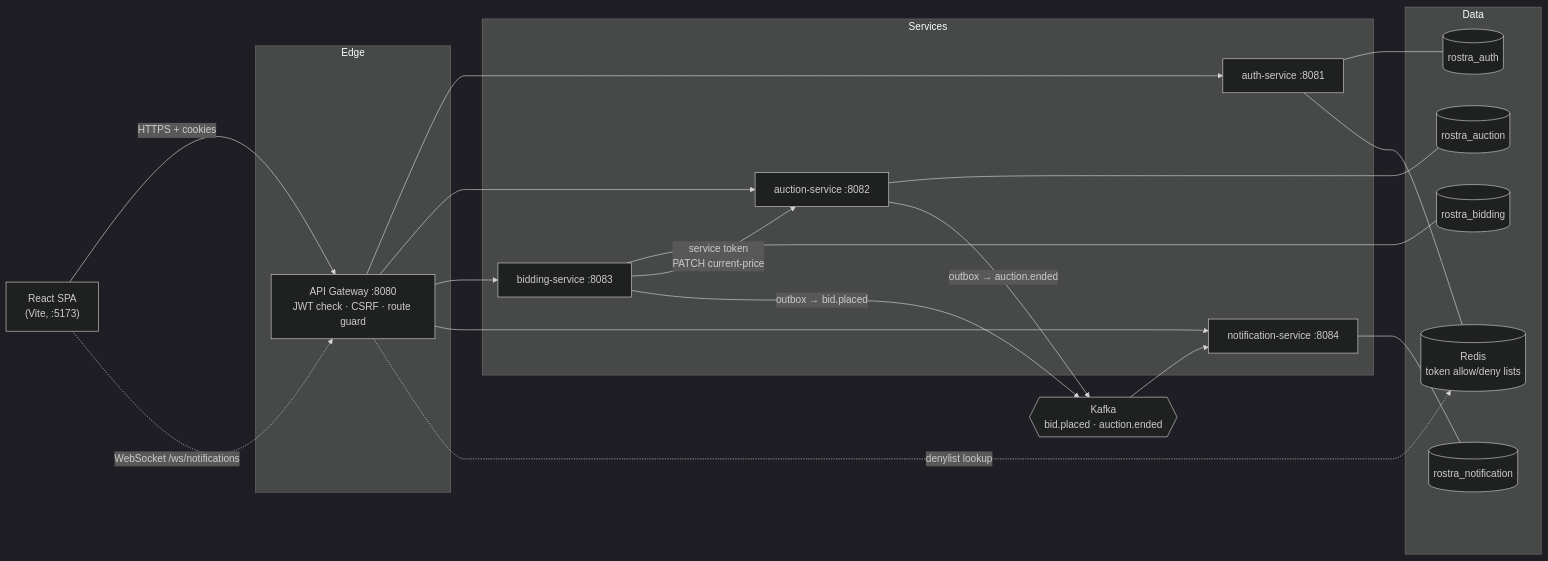
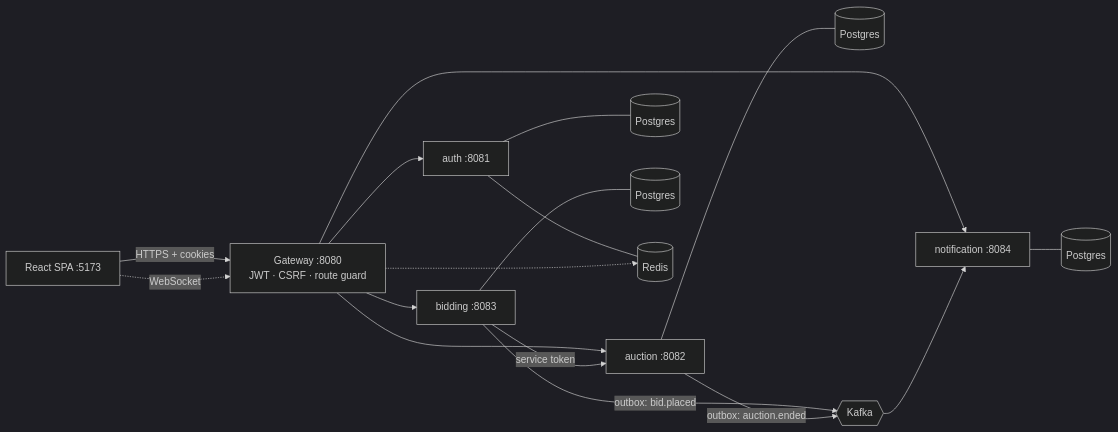
One commit to nethunirajapakse/rostra changed the diagram in README.md. Above: the diagram before and after it, drawn with Mermaid (dark theme). The commit also changed other lines of this file, not shown here.

````diff
--- a/README.md
+++ b/README.md
@@ -17,45 +11,23 @@
 ```mermaid
 flowchart LR
-    Browser["React SPA<br/>(Vite, :5173)"]
+    Browser["React SPA :5173"] -- "HTTPS + cookies" --> GW
+    Browser -. "WebSocket" .-> GW
 
-    subgraph Edge
-        GW["API Gateway :8080<br/>JWT check · CSRF · route guard"]
-    end
+    GW["Gateway :8080<br/>JWT · CSRF · route guard"]
+    GW --> AUTH["auth :8081"]
+    GW --> AUC["auction :8082"]
+    GW --> BID["bidding :8083"]
+    GW --> NOT["notification :8084"]
 
-    subgraph Services
-        AUTH["auth-service :8081"]
-        AUC["auction-service :8082"]
-        BID["bidding-service :8083"]
-        NOT["notification-service :8084"]
-    end
+    AUTH --- DB1[("Postgres")]
+    AUC --- DB2[("Postgres")]
+    BID --- DB3[("Postgres")]
+    NOT --- DB4[("Postgres")]
+    AUTH --- R[("Redis")]
+    GW -.-> R
 
-    subgraph Data
-        PGA[("rostra_auth")]
-        PGU[("rostra_auction")]
-        PGB[("rostra_bidding")]
-        PGN[("rostra_notification")]
-        REDIS[("Redis<br/>token allow/deny lists")]
-    end
-
-    KAFKA{{"Kafka<br/>bid.placed · auction.ended"}}
-
-    Browser -- "HTTPS + cookies" --> GW
-    Browser -. "WebSocket /ws/notifications" .-> GW
-
-    GW --> AUTH
-    GW --> AUC
-    GW --> BID
-    GW --> NOT
-
-    AUTH --- PGA
-    AUTH --- REDIS
-    GW -. "denylist lookup" .-> REDIS
-    AUC --- PGU
-    BID --- PGB
-    NOT --- PGN
-
-    BID -- "service token<br/>PATCH current-price" --> AUC
-    BID -- "outbox → bid.placed" --> KAFKA
-    AUC -- "outbox → auction.ended" --> KAFKA
-    KAFKA --> NOT
+    BID -- "service token" --> AUC
+    BID -- "outbox: bid.placed" --> K{{"Kafka"}}
+    AUC -- "outbox: auction.ended" --> K
+    K --> NOT
 ```
````
